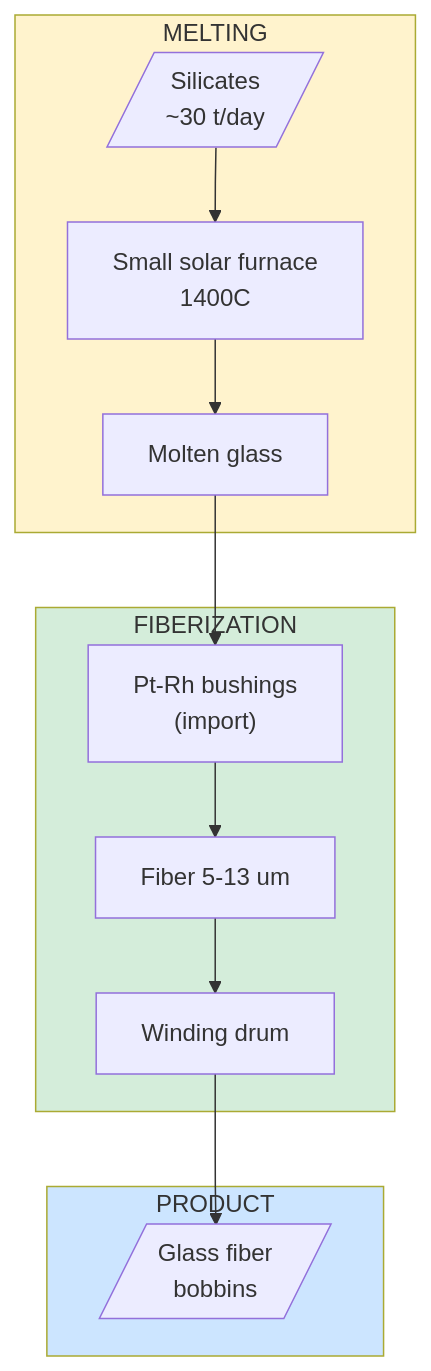
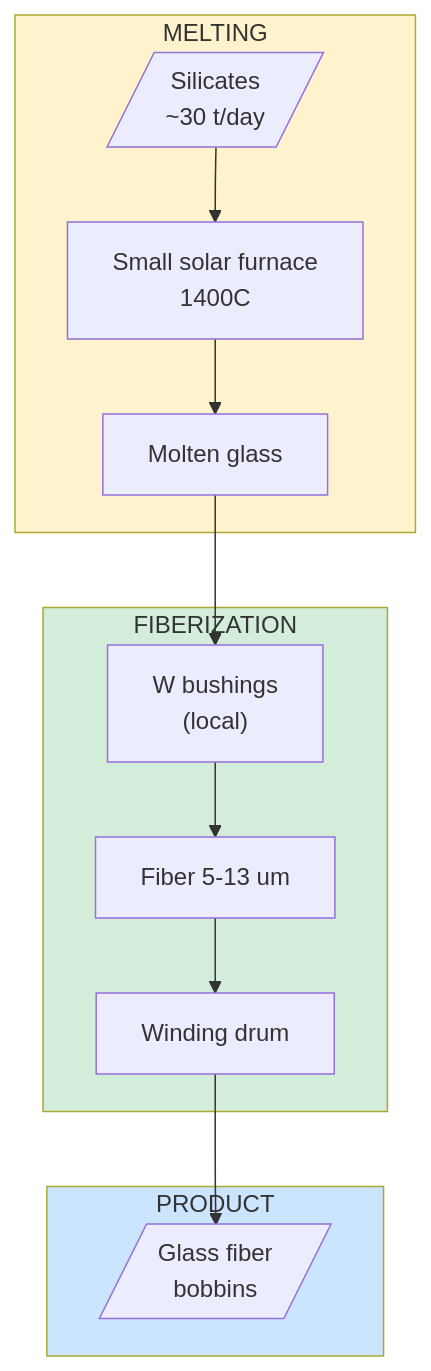
The second of 2 diagrams in en/science/detailed/production/materials/silicate-fabric.qmd (DmitryNasikanov/infinite-energy), drawn with Mermaid before and after one commit. The commit also changed other lines of this file and 10 other files, not shown here.

````diff
--- a/en/science/detailed/production/materials/silicate-fabric.qmd
+++ b/en/science/detailed/production/materials/silicate-fabric.qmd
@@ -72,21 +75,21 @@
 ```{mermaid}
 flowchart TD
     subgraph MELTING["MELTING"]
         SIL[/"Silicates<br/>~30 t/day"/] --> SF["Small solar furnace<br/>1400C"]
         SF --> MELT["Molten glass"]
     end
 
     subgraph FIBERIZATION["FIBERIZATION"]
-        MELT --> FILT["Pt-Rh bushings<br/>(import)"]
+        MELT --> FILT["W bushings<br/>(local)"]
         FILT --> FIBER["Fiber 5-13 um"]
         FIBER --> DRUM["Winding drum"]
     end
 
     subgraph PRODUCT["PRODUCT"]
         DRUM --> BOBBIN[/"Glass fiber<br/>bobbins"/]
     end
 
     style MELTING fill:#fff3cd
     style FIBERIZATION fill:#d4edda
     style PRODUCT fill:#cce5ff
 ```
````
